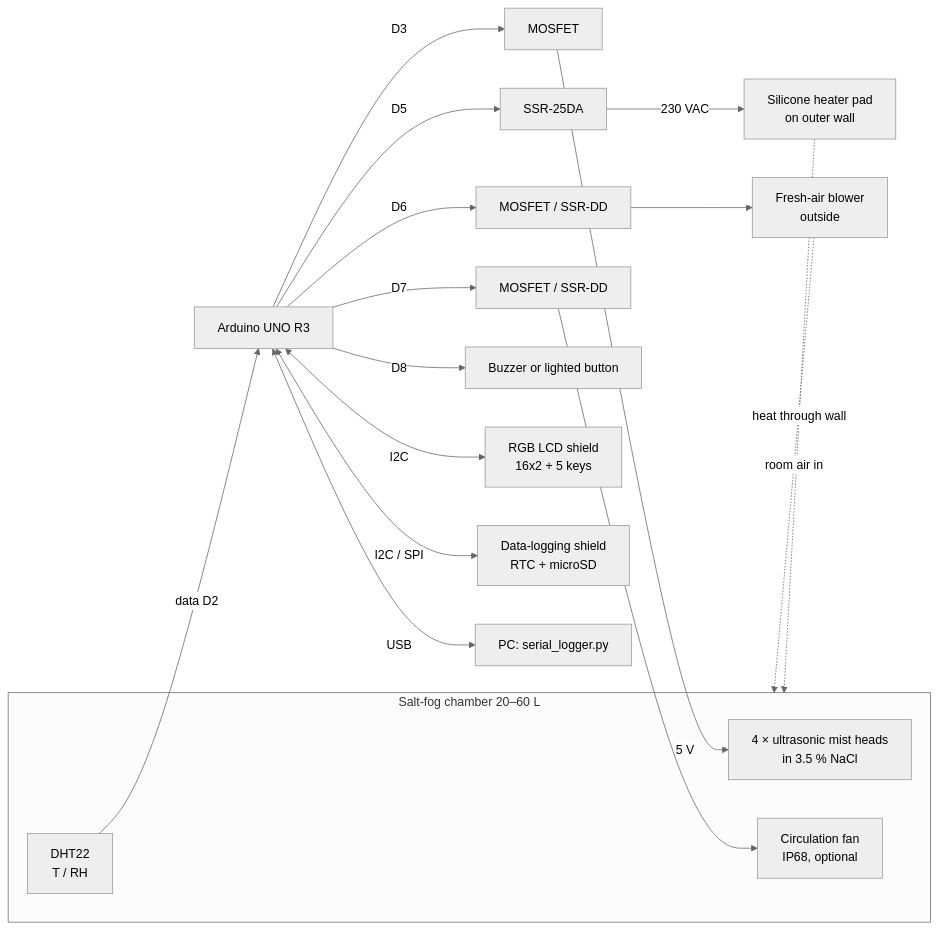
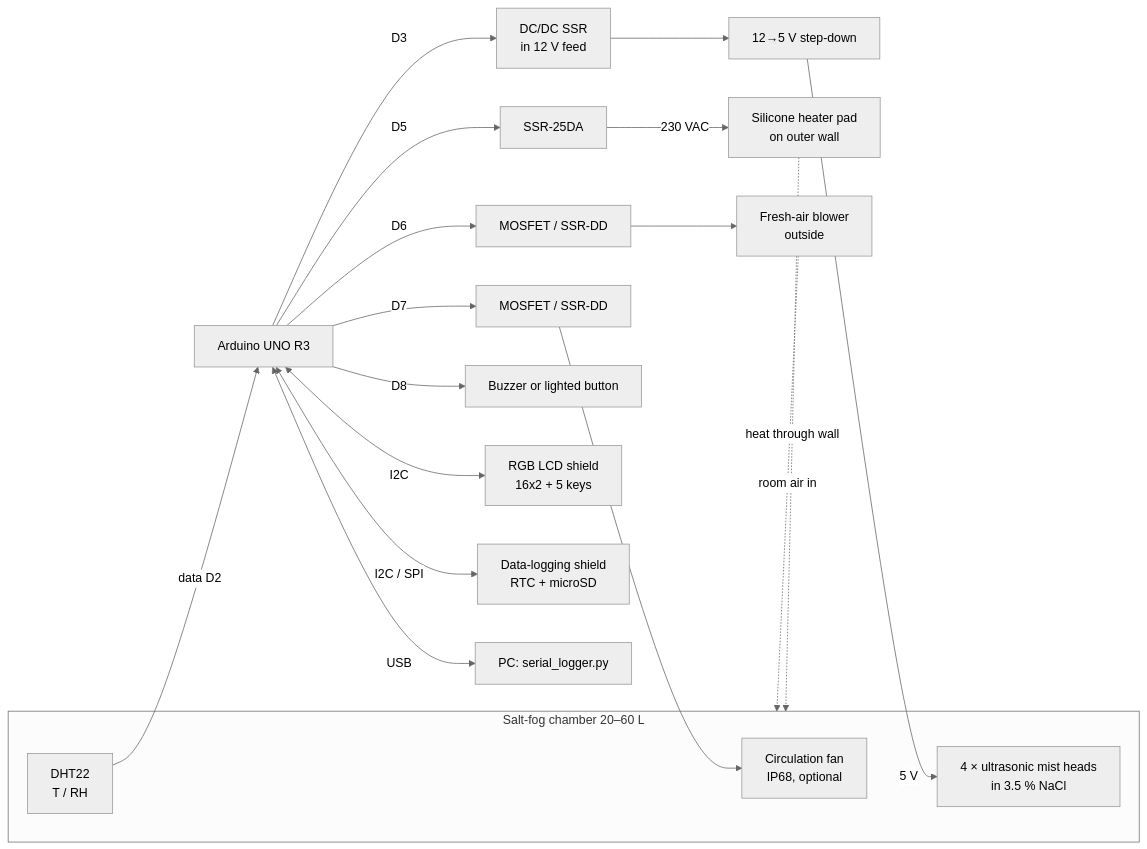
The diagram in docs/control-design.md (iisangon-gif/Stress-Corrosion-Cracking-Test-Chamber), drawn with Mermaid (neutral theme) before and after one commit. The commit also changed other lines of this file and 7 other files, not shown here.

First line of the commit message:
Mist heads: DC/DC SSR on D3 feeding the 4 drivers from 12->5 V step-down

````diff
--- a/docs/control-design.md
+++ b/docs/control-design.md
@@ -19,19 +19,19 @@
 ```mermaid
 flowchart LR
     subgraph Chamber["Salt-fog chamber 20–60 L"]
         DHT[DHT22<br/>T / RH]
         MIST[4 × ultrasonic mist heads<br/>in 3.5 % NaCl]
         CF[Circulation fan<br/>IP68, optional]
     end
     HTR[Silicone heater pad<br/>on outer wall] -. heat through wall .-> Chamber
     FA[Fresh-air blower<br/>outside] -. room air in .-> Chamber
     DHT -- data D2 --> UNO
-    UNO[Arduino UNO R3] -- D3 --> M1[MOSFET] -- 5 V --> MIST
+    UNO[Arduino UNO R3] -- D3 --> M1[DC/DC SSR<br/>in 12 V feed] --> BK[12→5 V step-down] -- 5 V --> MIST
     UNO -- D5 --> S1[SSR-25DA] -- 230 VAC --> HTR
     UNO -- D6 --> M2[MOSFET / SSR-DD] --> FA
     UNO -- D7 --> M3[MOSFET / SSR-DD] --> CF
     UNO -- D8 --> AL[Buzzer or lighted button]
     UNO <-- I2C --> LCD[RGB LCD shield<br/>16x2 + 5 keys]
     UNO <-- I2C / SPI --> LOG[Data-logging shield<br/>RTC + microSD]
     UNO <-- USB --> PC[PC: serial_logger.py]
 ```
````
